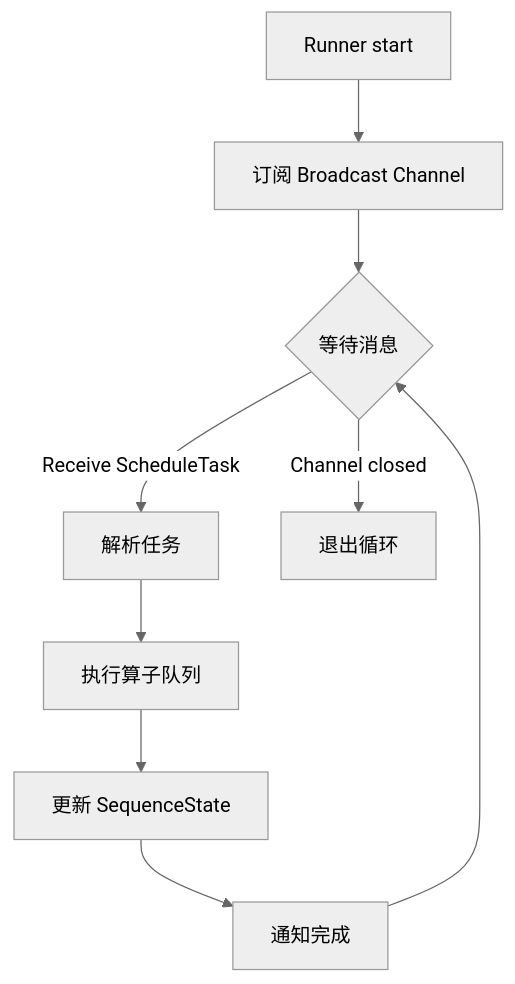
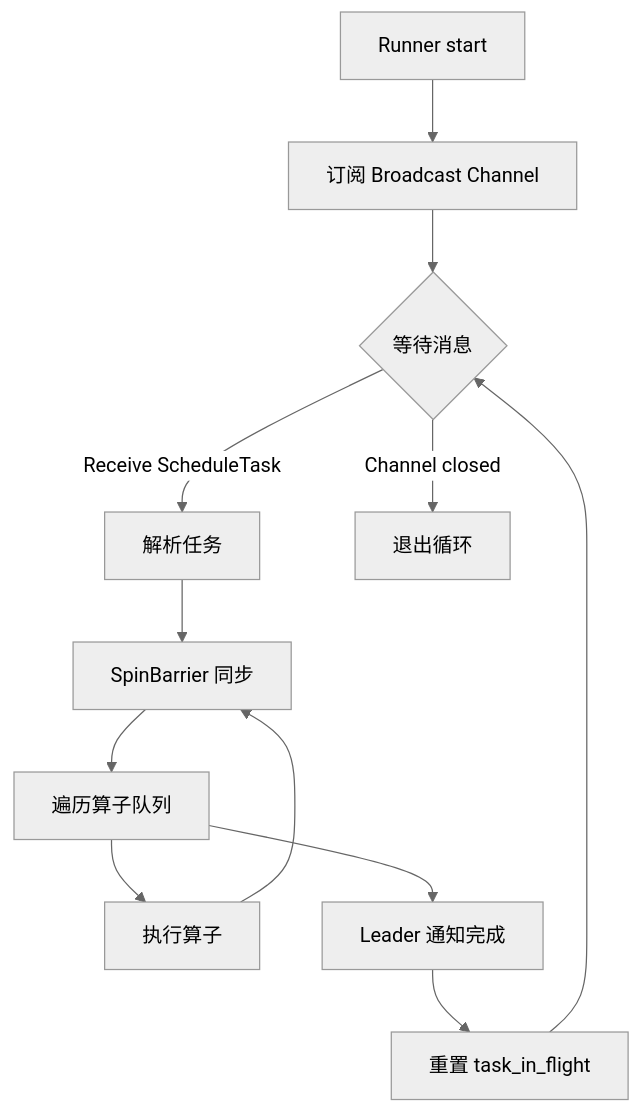
Before and after one commit to lucienhuangfu/eLLM: the fourth of 6 diagrams in docs/design/runtime/schedule.md, drawn with Mermaid (neutral theme). The commit also changed other lines of this file and 2 other files, not shown here.

````diff
--- a/docs/design/runtime/schedule.md
+++ b/docs/design/runtime/schedule.md
@@ -436,11 +523,14 @@
 ```mermaid
 flowchart TD
     A[Runner start] --> B[订阅 Broadcast Channel]
     B --> C{等待消息}
     C -->|Receive ScheduleTask| D[解析任务]
-    D --> E[执行算子队列]
-    E --> F[更新 SequenceState]
-    F --> G[通知完成]
-    G --> C
-    C -->|Channel closed| H[退出循环]
+    D --> E[SpinBarrier 同步]
+    E --> F[遍历算子队列]
+    F --> G[执行算子]
+    G --> E
+    F --> H[Leader 通知完成]
+    H --> I[重置 task_in_flight]
+    I --> C
+    C -->|Channel closed| J[退出循环]
 ```
````
